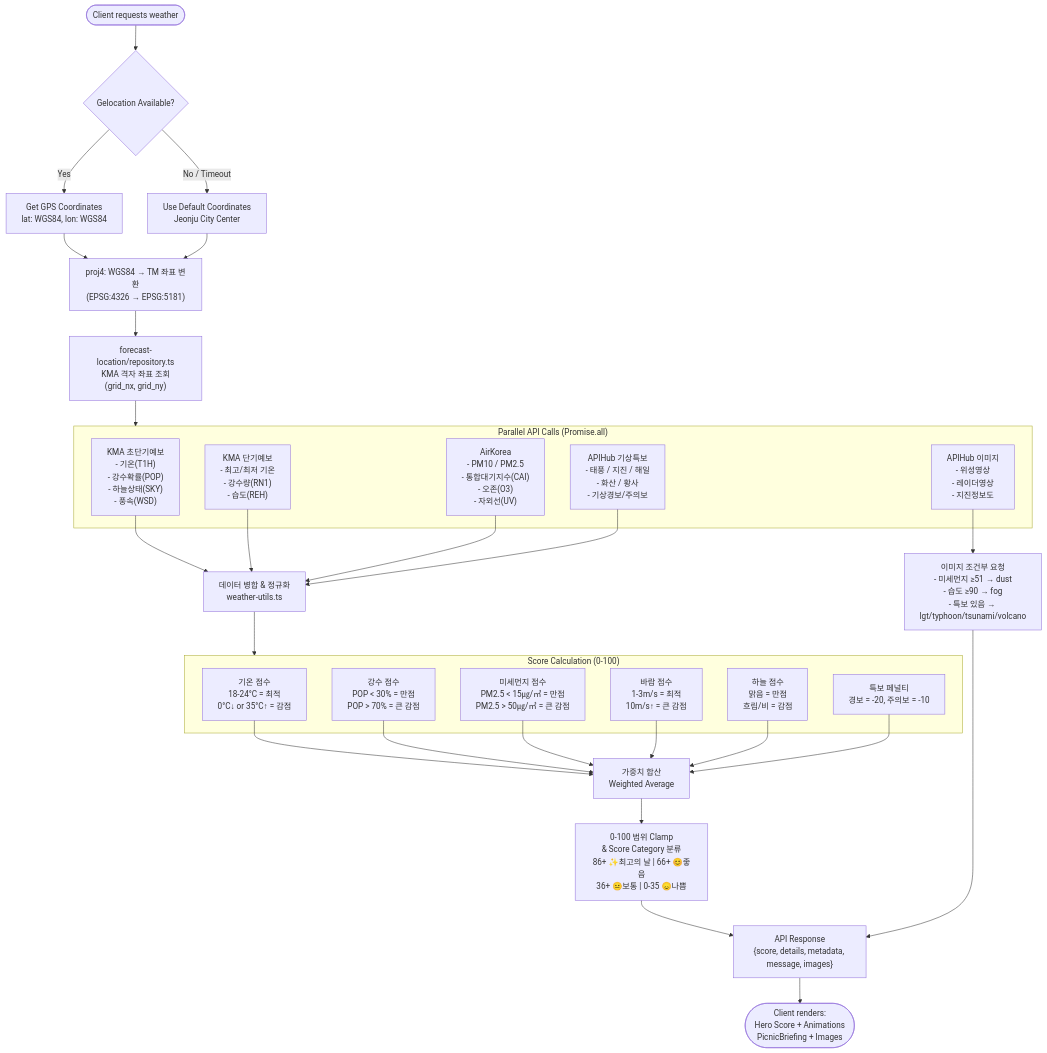
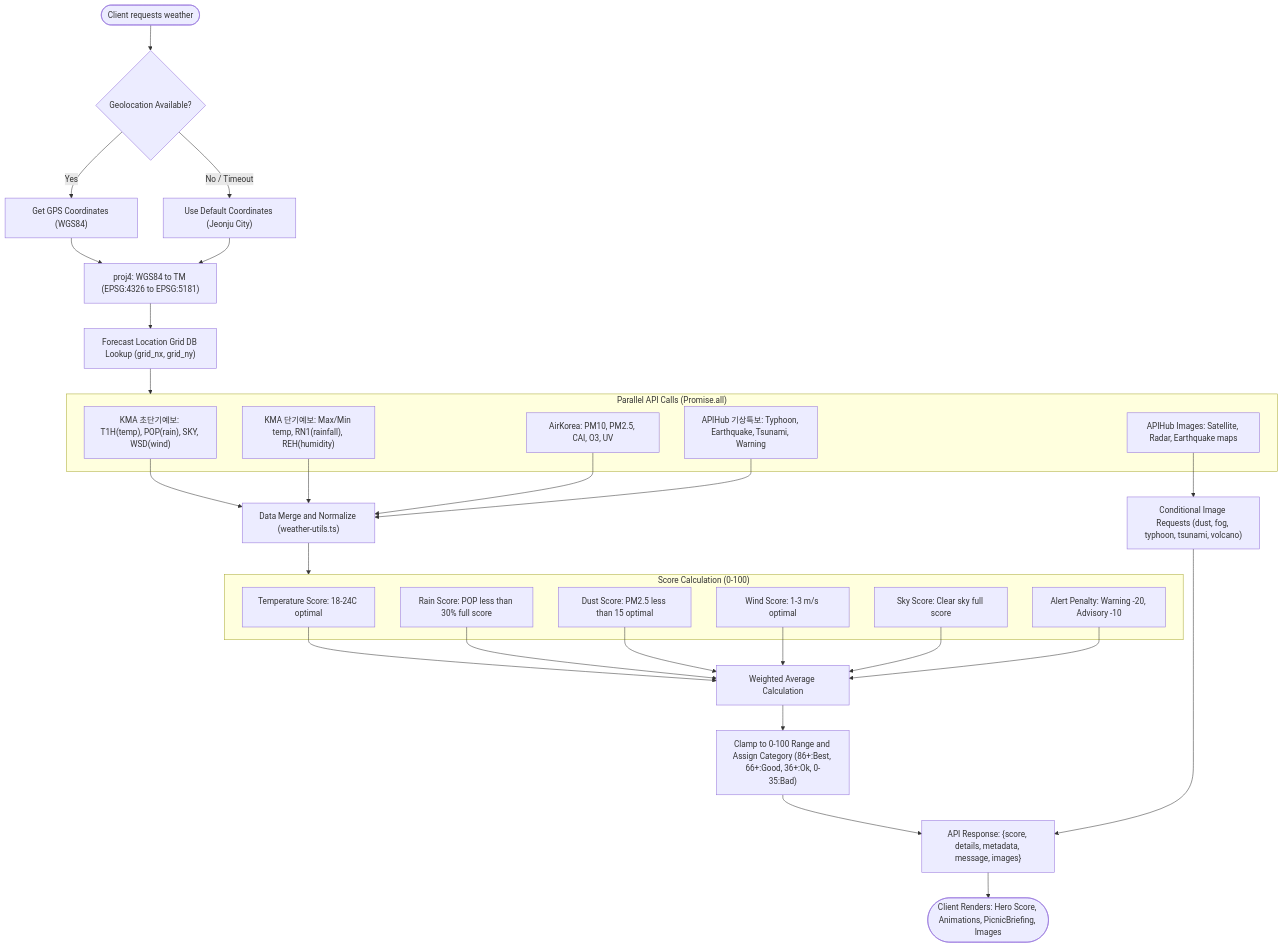
One commit to kim0040/Nadeulhae changed the fifth of 17 diagrams in docs/ARCHITECTURE_UML.md. Above: the diagram before and after it, drawn with Mermaid. The commit also changed other lines of this file, not shown here.

Commit message:
fix(docs): fix Mermaid syntax errors in UML diagrams (invalid types, special chars)

````diff
--- a/docs/ARCHITECTURE_UML.md
+++ b/docs/ARCHITECTURE_UML.md
@@ -668,57 +657,57 @@
 ```mermaid
 flowchart TD
-    START([Client requests weather])
-    GEO{Gelocation Available?}
-    
+    START(["Client requests weather"])
+
+    GEO{"Geolocation Available?"}
     START --> GEO
-    GEO -->|Yes| COORDS[Get GPS Coordinates<br/>lat: WGS84, lon: WGS84]
-    GEO -->|No / Timeout| DEFAULT_COORDS[Use Default Coordinates<br/>Jeonju City Center]
+    GEO -->|"Yes"| COORDS["Get GPS Coordinates (WGS84)"]
+    GEO -->|"No / Timeout"| DEFAULT_COORDS["Use Default Coordinates (Jeonju City)"]
 
-    COORDS --> TM_CONV["proj4: WGS84 → TM 좌표 변환<br/>(EPSG:4326 → EPSG:5181)"]
+    COORDS --> TM_CONV["proj4: WGS84 to TM (EPSG:4326 to EPSG:5181)"]
     DEFAULT_COORDS --> TM_CONV
 
-    TM_CONV --> GRID_LOOKUP["forecast-location/repository.ts<br/>KMA 격자 좌표 조회<br/>(grid_nx, grid_ny)"]
+    TM_CONV --> GRID_LOOKUP["Forecast Location Grid DB Lookup (grid_nx, grid_ny)"]
 
     GRID_LOOKUP --> PARALLEL_CALLS
     subgraph PARALLEL_CALLS["Parallel API Calls (Promise.all)"]
-        KMA_ULTRA["KMA 초단기예보<br/>- 기온(T1H)<br/>- 강수확률(POP)<br/>- 하늘상태(SKY)<br/>- 풍속(WSD)"]
-        KMA_SHORT["KMA 단기예보<br/>- 최고/최저 기온<br/>- 강수량(RN1)<br/>- 습도(REH)"]
-        AIR_QUALITY["AirKorea<br/>- PM10 / PM2.5<br/>- 통합대기지수(CAI)<br/>- 오존(O3)<br/>- 자외선(UV)"]
-        APIHUB_ALERT["APIHub 기상특보<br/>- 태풍 / 지진 / 해일<br/>- 화산 / 황사<br/>- 기상경보/주의보"]
-        APIHUB_IMAGE["APIHub 이미지<br/>- 위성영상<br/>- 레이더영상<br/>- 지진정보도"]
+        KMA_ULTRA["KMA 초단기예보: T1H(temp), POP(rain), SKY, WSD(wind)"]
+        KMA_SHORT["KMA 단기예보: Max/Min temp, RN1(rainfall), REH(humidity)"]
+        AIR_QUALITY["AirKorea: PM10, PM2.5, CAI, O3, UV"]
+        APIHUB_ALERT["APIHub 기상특보: Typhoon, Earthquake, Tsunami, Warning"]
+        APIHUB_IMAGE["APIHub Images: Satellite, Radar, Earthquake maps"]
     end
 
     KMA_ULTRA --> AGGREGATE
     KMA_SHORT --> AGGREGATE
     AIR_QUALITY --> AGGREGATE
     APIHUB_ALERT --> AGGREGATE
     APIHUB_IMAGE --> IMAGE_PROC
 
-    AGGREGATE["데이터 병합 &amp; 정규화<br/>weather-utils.ts"]
+    AGGREGATE["Data Merge and Normalize (weather-utils.ts)"]
 
     AGGREGATE --> SCORE_CALC
     subgraph SCORE_CALC["Score Calculation (0-100)"]
-        TEMP_SCORE["기온 점수<br/>18-24°C = 최적<br/>0°C↓ or 35°C↑ = 감점"]
-        RAIN_SCORE["강수 점수<br/>POP < 30% = 만점<br/>POP > 70% = 큰 감점"]
-        DUST_SCORE["미세먼지 점수<br/>PM2.5 < 15㎍/㎥ = 만점<br/>PM2.5 > 50㎍/㎥ = 큰 감점"]
-        WIND_SCORE["바람 점수<br/>1-3m/s = 최적<br/>10m/s↑ = 큰 감점"]
-        SKY_SCORE["하늘 점수<br/>맑음 = 만점<br/>흐림/비 = 감점"]
-        ALERT_PENALTY["특보 페널티<br/>경보 = -20, 주의보 = -10"]
+        TEMP_SCORE["Temperature Score: 18-24C optimal"]
+        RAIN_SCORE["Rain Score: POP less than 30% full score"]
+        DUST_SCORE["Dust Score: PM2.5 less than 15 optimal"]
+        WIND_SCORE["Wind Score: 1-3 m/s optimal"]
+        SKY_SCORE["Sky Score: Clear sky full score"]
+        ALERT_PENALTY["Alert Penalty: Warning -20, Advisory -10"]
     end
 
     TEMP_SCORE --> WEIGHTED_SUM
     RAIN_SCORE --> WEIGHTED_SUM
     DUST_SCORE --> WEIGHTED_SUM
     WIND_SCORE --> WEIGHTED_SUM
     SKY_SCORE --> WEIGHTED_SUM
 
-    WEIGHTED_SUM["가중치 합산<br/>Weighted Average"]
+    WEIGHTED_SUM["Weighted Average Calculation"]
     ALERT_PENALTY --> WEIGHTED_SUM
-    WEIGHTED_SUM --> CLAMP["0-100 범위 Clamp<br/>& Score Category 분류<br/>86+ ✨최고의 날 | 66+ 😊좋음<br/>36+ 😐보통 | 0-35 😞나쁨"]
+    WEIGHTED_SUM --> CLAMP["Clamp to 0-100 Range and Assign Category (86+:Best, 66+:Good, 36+:Ok, 0-35:Bad)"]
 
-    IMAGE_PROC["이미지 조건부 요청<br/>- 미세먼지 ≥51 → dust<br/>- 습도 ≥90 → fog<br/>- 특보 있음 → lgt/typhoon/tsunami/volcano"]
+    IMAGE_PROC["Conditional Image Requests (dust, fog, typhoon, tsunami, volcano)"]
 
-    CLAMP --> RESPONSE["API Response<br/>{score, details, metadata, message, images}"]
+    CLAMP --> RESPONSE["API Response: {score, details, metadata, message, images}"]
     IMAGE_PROC --> RESPONSE
-    RESPONSE --> CLIENT(["Client renders:<br/>Hero Score + Animations<br/>PicnicBriefing + Images"])
+    RESPONSE --> CLIENT(["Client Renders: Hero Score, Animations, PicnicBriefing, Images"])
 ```
````
